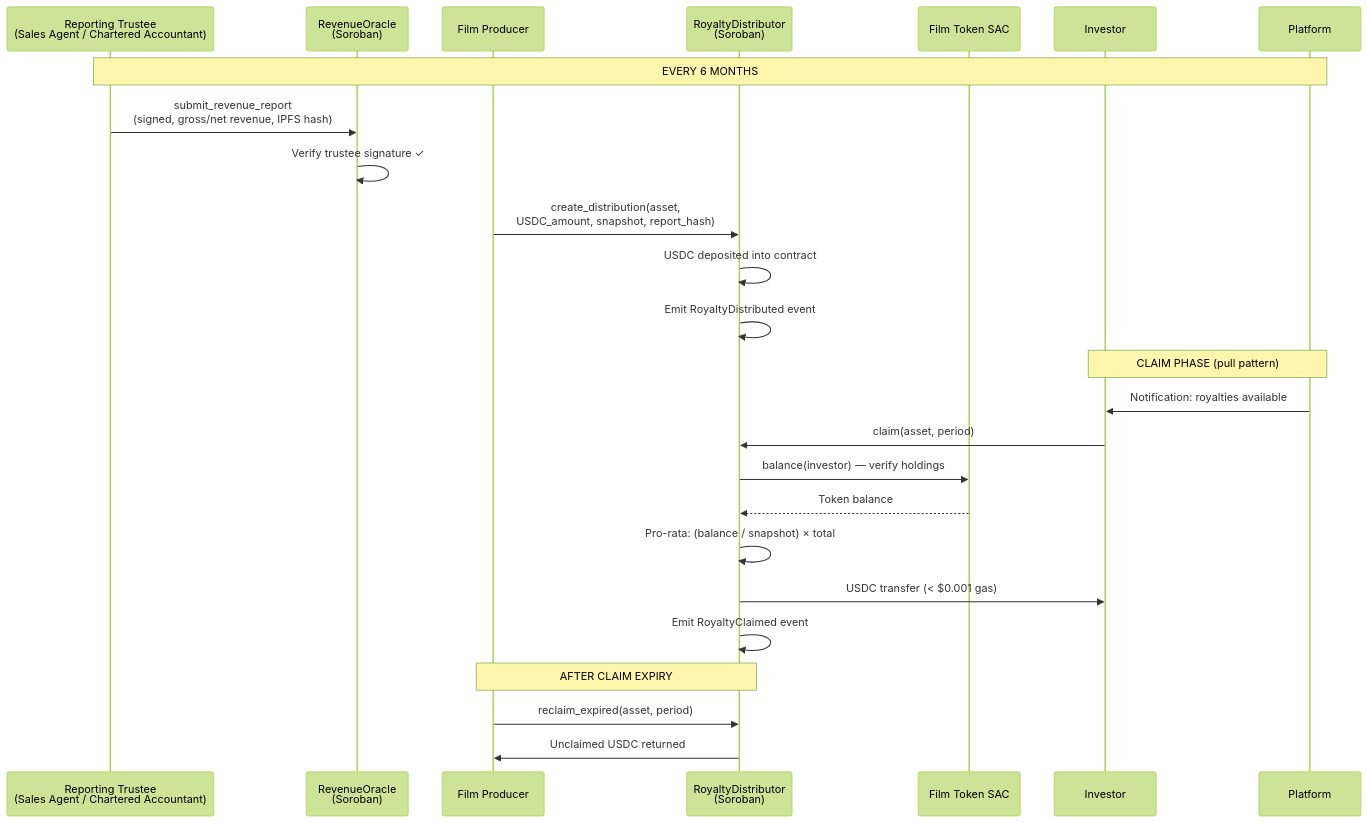
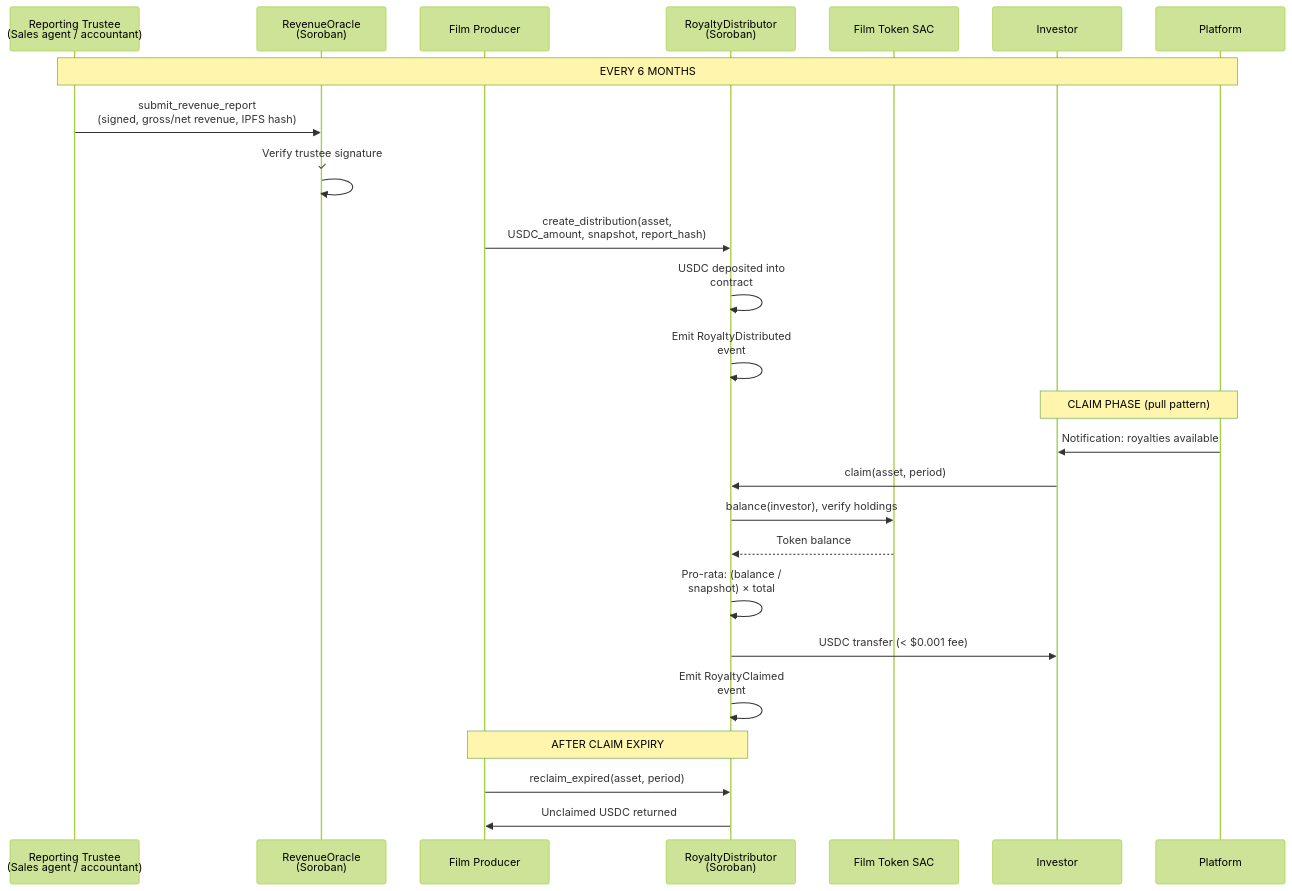
One commit to guichardsabna-lab/ACE-Contract-Infrastructure changed the sixth of 7 diagrams in ARCHITECTURE_v4.md. Above: the diagram before and after it, drawn with Mermaid (forest theme). The commit also changed other lines of this file, not shown here.

Commit message:
Update architecture: ecosystem building blocks, wallet model and cross-chain deposits

````diff
--- a/ARCHITECTURE_v4.md
+++ b/ARCHITECTURE_v4.md
@@ -992,32 +1095,33 @@
 ```mermaid
+%%{init: {"sequence": {"wrap": true, "width": 190, "messageMargin": 12}}}%%
 sequenceDiagram
-    participant T as Reporting Trustee<br/>(Sales Agent / Chartered Accountant)
+    participant T as Reporting Trustee<br/>(Sales agent / accountant)
     participant RO as RevenueOracle<br/>(Soroban)
     participant P as Film Producer
     participant RD as RoyaltyDistributor<br/>(Soroban)
     participant SAC as Film Token SAC
     participant I as Investor
     participant PLT as Platform
 
     Note over T,PLT: EVERY 6 MONTHS
 
     T->>RO: submit_revenue_report<br/>(signed, gross/net revenue, IPFS hash)
     RO->>RO: Verify trustee signature ✓
 
     P->>RD: create_distribution(asset,<br/>USDC_amount, snapshot, report_hash)
     RD->>RD: USDC deposited into contract
     RD->>RD: Emit RoyaltyDistributed event
 
     Note over I,PLT: CLAIM PHASE (pull pattern)
     PLT->>I: Notification: royalties available
     I->>RD: claim(asset, period)
-    RD->>SAC: balance(investor) — verify holdings
+    RD->>SAC: balance(investor), verify holdings
     SAC-->>RD: Token balance
     RD->>RD: Pro-rata: (balance / snapshot) × total
-    RD->>I: USDC transfer (< $0.001 gas)
+    RD->>I: USDC transfer (< $0.001 fee)
     RD->>RD: Emit RoyaltyClaimed event
 
     Note over P,RD: AFTER CLAIM EXPIRY
     P->>RD: reclaim_expired(asset, period)
     RD->>P: Unclaimed USDC returned
 ```
````
